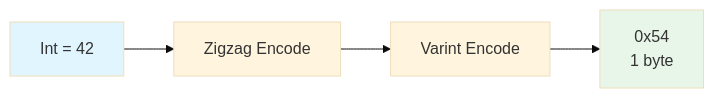
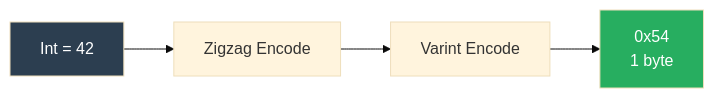
The first of 5 diagrams in Docs/ENCODING_MODEL.md (Mikedan37/BlazeBinary), drawn with Mermaid (base theme) before and after one commit. The commit also changed other lines of this file and 11 other files, not shown here.

First line of the commit message:
Improve Mermaid diagrams and code display formatting

````diff
--- a/Docs/ENCODING_MODEL.md
+++ b/Docs/ENCODING_MODEL.md
@@ -101,9 +101,9 @@
 ```mermaid
 graph LR
     A[Int = 42] --> B[Zigzag Encode]
     B --> C[Varint Encode]
     C --> D[0x54<br/>1 byte]
     
-    style A fill:#e1f5ff
-    style D fill:#e8f5e9
+    style A fill:#2c3e50,color:#ffffff
+    style D fill:#27ae60,color:#ffffff
 ```
````
